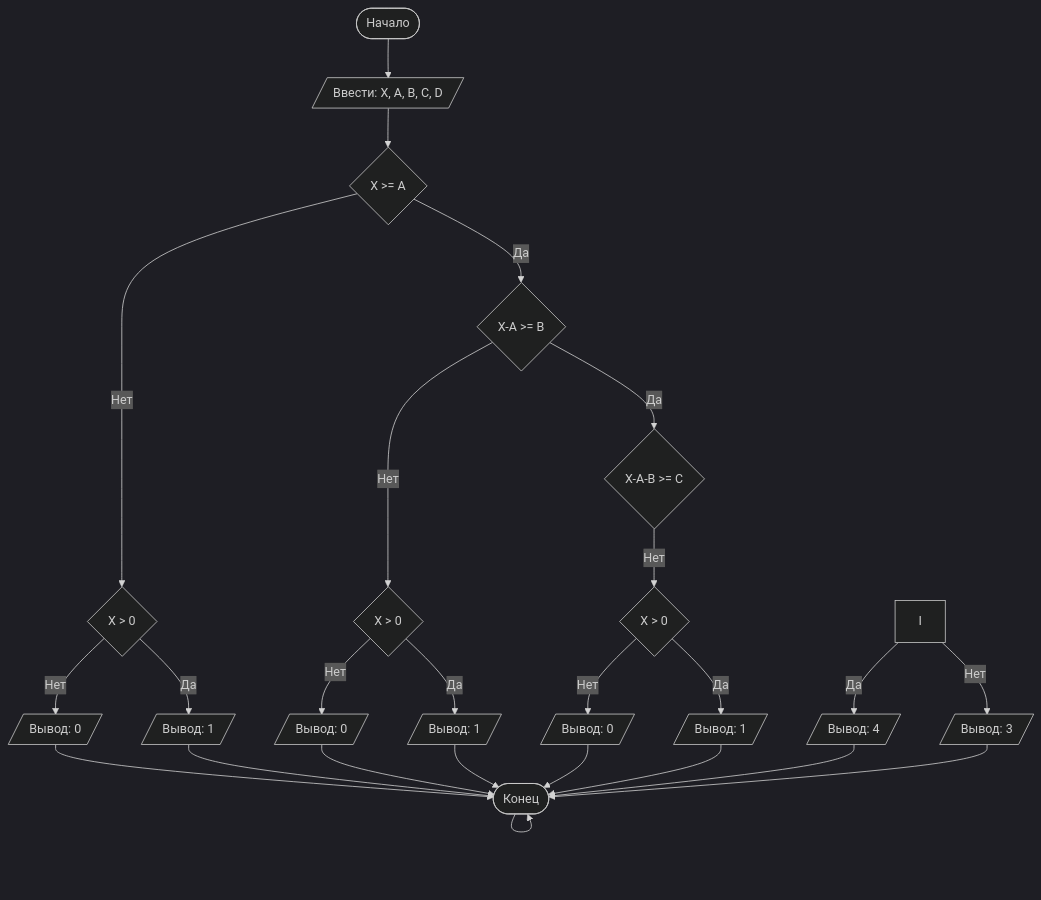
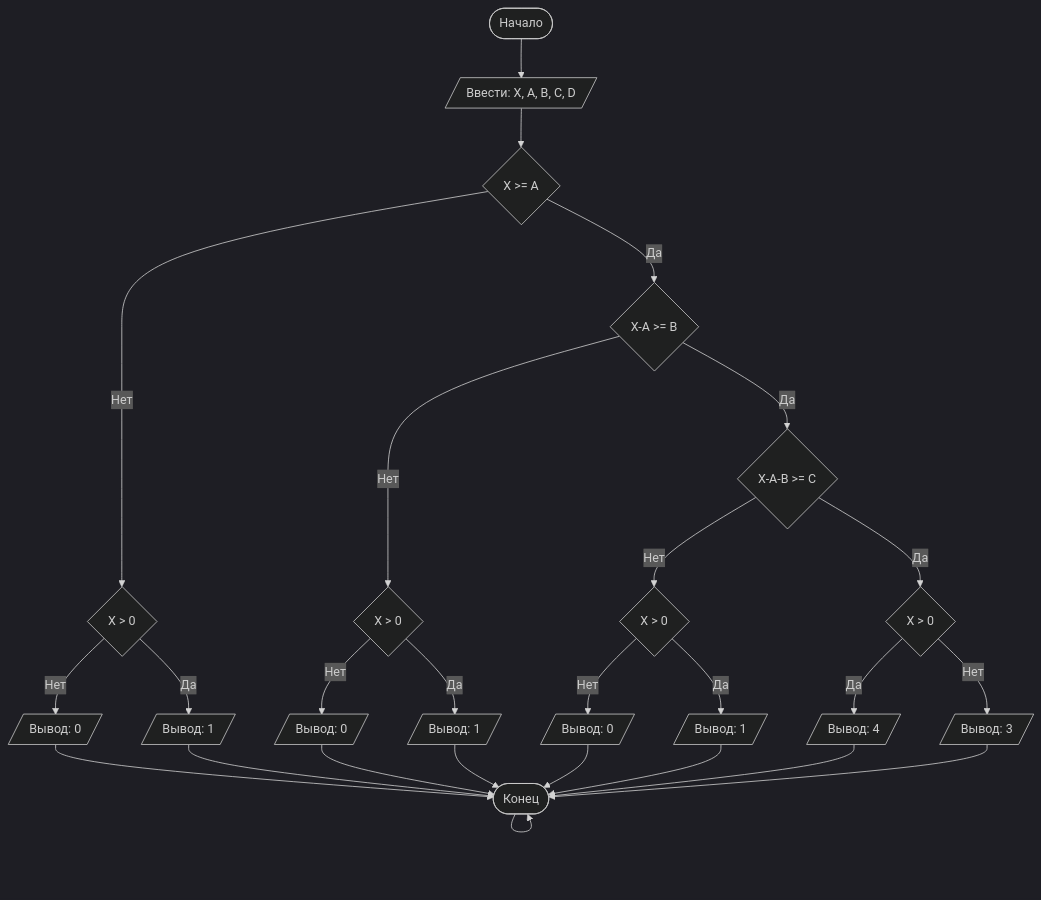
Before and after one commit to abchaccccc/LabNumber1: the diagram in README.md, drawn with Mermaid (dark theme).

````diff
--- a/README.md
+++ b/README.md
@@ -97,29 +97,30 @@
 ```mermaid
 graph TD
     A([Начало]) --> B[/Ввести: X, A, B, C, D/]
     B --> C{X >= A}
     C -- Нет --> D{X > 0}
     D -- Нет --> M[/Вывод: 0/]
     D -- Да --> N[/Вывод: 1/]
     C -- Да --> E{X-A >= B}
     E -- Нет --> V{X > 0}
     V -- Нет --> L[/Вывод: 0/]
     V -- Да --> X[/Вывод: 1/]
     E -- Да --> G{X-A-B >= C}
     G -- Нет --> P{X > 0}
+    G -- Да --> I{X > 0}
     P -- Нет --> H[/Вывод: 0/]
     P -- Да --> R[/Вывод: 1/]
     I -- Да --> J[/Вывод: 4/]
     I -- Нет --> U[/Вывод: 3/]
     X --> Z
     M --> Z
     N --> Z
     Z --> Z
     H --> Z
     R --> Z
     U --> Z
     L --> Z
     J --> Z([Конец])
     
 
 ```
````
